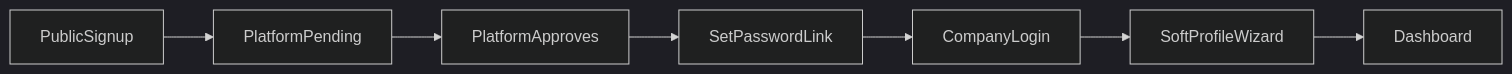
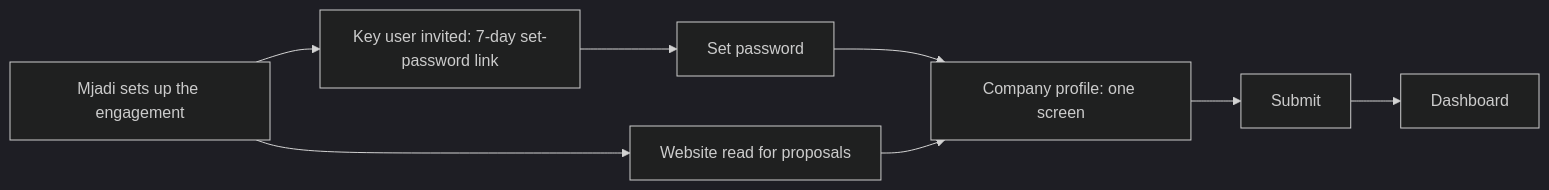
The fourth of 6 diagrams in docs/APPLICATION_GUIDE.md (malikusman/req_app), drawn with Mermaid (dark theme) before and after one commit. The commit also changed other lines of this file and 7 other files, not shown here.

````diff
--- a/docs/APPLICATION_GUIDE.md
+++ b/docs/APPLICATION_GUIDE.md
@@ -288,9 +291,9 @@
 ```mermaid
 flowchart LR
-  Signup[PublicSignup] --> Pending[PlatformPending]
-  Pending --> Approve[PlatformApproves]
-  Approve --> SetPw[SetPasswordLink]
-  SetPw --> Login[CompanyLogin]
-  Login --> Profile[SoftProfileWizard]
-  Profile --> Dashboard[Dashboard]
+  Setup[Mjadi sets up the engagement] --> Invite[Key user invited: 7-day set-password link]
+  Setup --> Read[Website read for proposals]
+  Invite --> SetPw[Set password]
+  SetPw --> Profile[Company profile: one screen]
+  Read --> Profile
+  Profile --> Submit[Submit] --> Dashboard[Dashboard]
 ```
````
